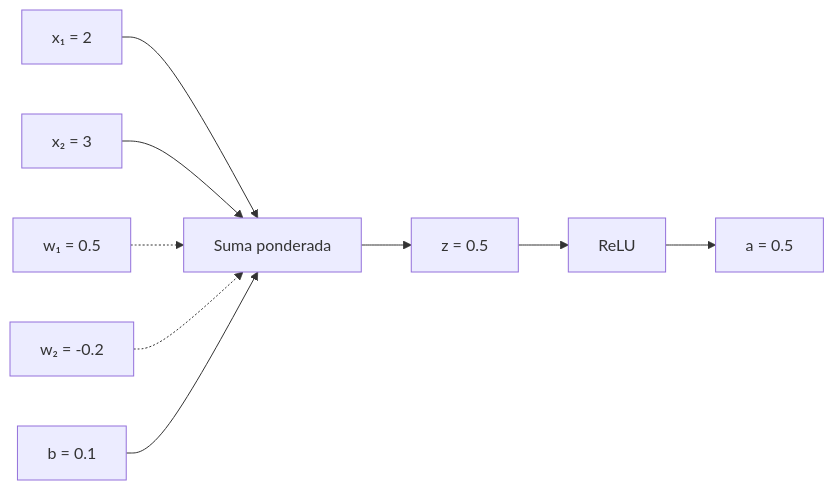
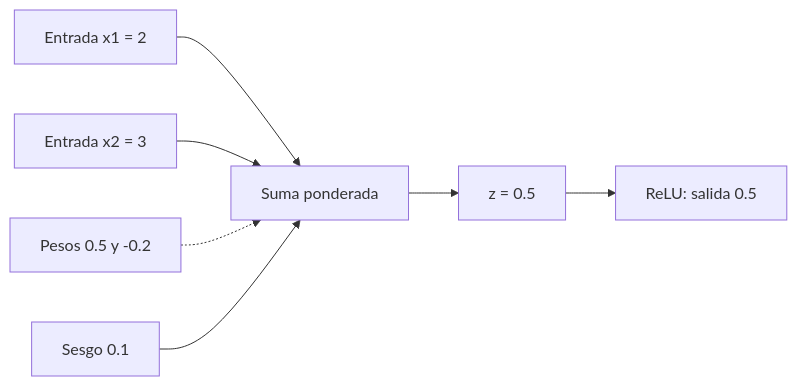
The diagram in docs/02-neurona-artificial.md (jesusmanueldl/como-funciona-la-ia), drawn with Mermaid before and after one commit. The commit also changed other lines of this file and 30 other files, not shown here.

````diff
--- a/docs/02-neurona-artificial.md
+++ b/docs/02-neurona-artificial.md
@@ -47,11 +487,9 @@
 ```mermaid
 flowchart LR
-  x1[x₁ = 2] --> s[Suma ponderada]
-  x2[x₂ = 3] --> s
-  w1[w₁ = 0.5] -.-> s
-  w2[w₂ = -0.2] -.-> s
-  b[b = 0.1] --> s
-  s --> z[z = 0.5]
-  z --> f[ReLU]
-  f --> a[a = 0.5]
+  X1[Entrada x1 = 2] --> S[Suma ponderada]
+  X2[Entrada x2 = 3] --> S
+  W[Pesos 0.5 y -0.2] -.-> S
+  B[Sesgo 0.1] --> S
+  S --> Z[z = 0.5]
+  Z --> A[ReLU: salida 0.5]
 ```
````
